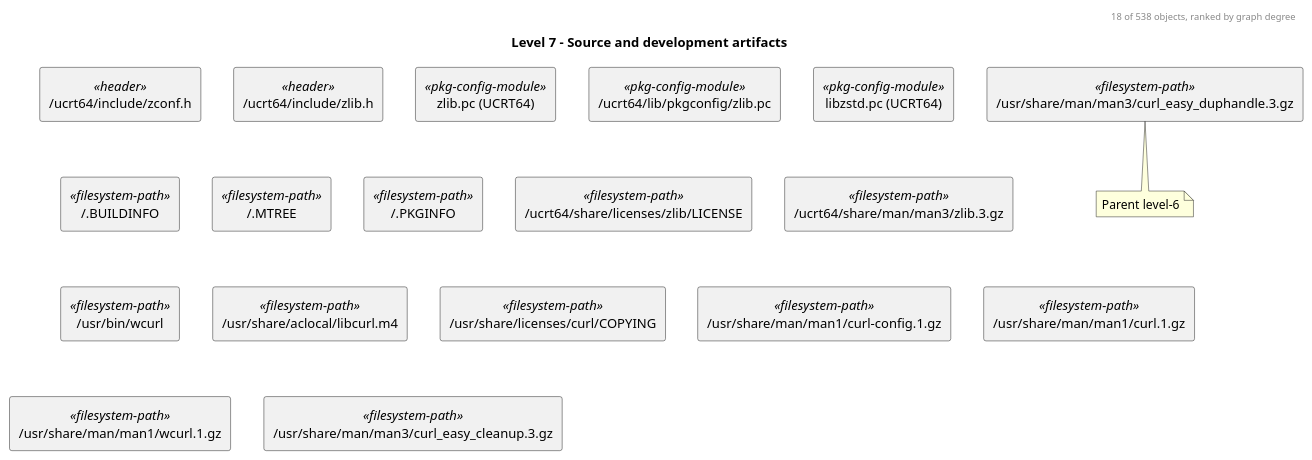
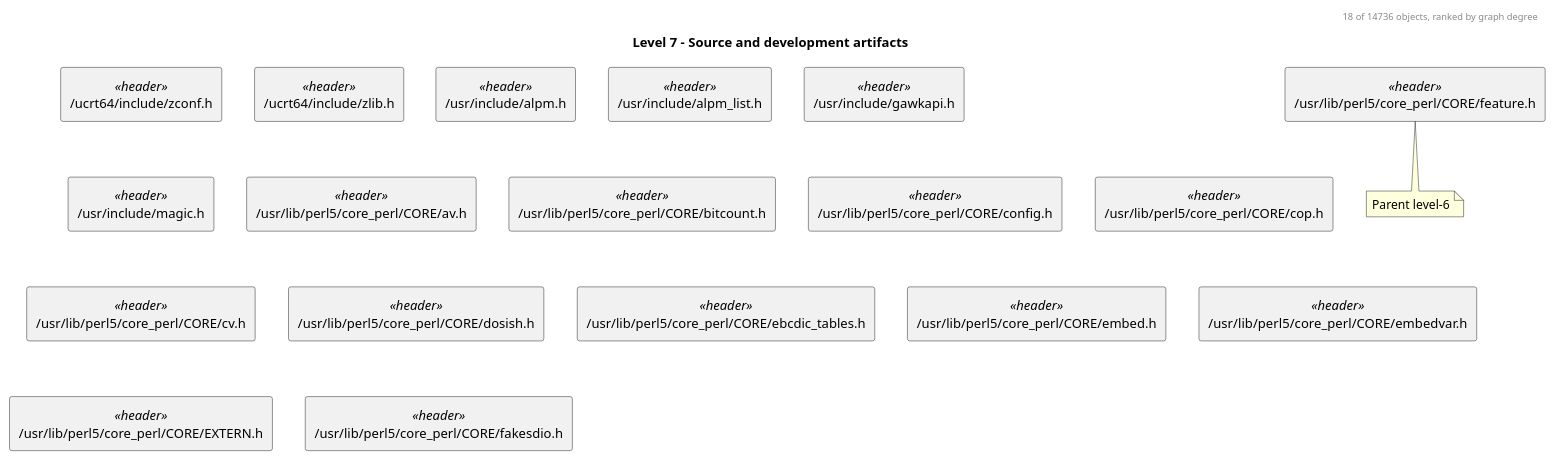
The diagram in diagrams/level-7.puml (baileyrd/AKB), drawn with PlantUML before and after one commit. The commit also changed 281 other files, not shown here.

```diff
--- a/diagrams/level-7.puml
+++ b/diagrams/level-7.puml
@@ -1,26 +1,26 @@
 @startuml level-7
 ' Generated from the composed model by tools/build_diagrams.py - do not edit by hand.
 title Level 7 - Source and development artifacts
-header 18 of 538 objects, ranked by graph degree
+header 18 of 14736 objects, ranked by graph degree
 skinparam componentStyle rectangle
 skinparam defaultFontName sans-serif
 rectangle "/ucrt64/include/zconf.h" as n0 <<header>>
 rectangle "/ucrt64/include/zlib.h" as n1 <<header>>
-rectangle "zlib.pc (UCRT64)" as n2 <<pkg-config-module>>
-rectangle "/ucrt64/lib/pkgconfig/zlib.pc" as n3 <<pkg-config-module>>
-rectangle "libzstd.pc (UCRT64)" as n4 <<pkg-config-module>>
-rectangle "/.BUILDINFO" as n5 <<filesystem-path>>
-rectangle "/.MTREE" as n6 <<filesystem-path>>
-rectangle "/.PKGINFO" as n7 <<filesystem-path>>
-rectangle "/ucrt64/share/licenses/zlib/LICENSE" as n8 <<filesystem-path>>
-rectangle "/ucrt64/share/man/man3/zlib.3.gz" as n9 <<filesystem-path>>
-rectangle "/usr/bin/wcurl" as n10 <<filesystem-path>>
-rectangle "/usr/share/aclocal/libcurl.m4" as n11 <<filesystem-path>>
-rectangle "/usr/share/licenses/curl/COPYING" as n12 <<filesystem-path>>
-rectangle "/usr/share/man/man1/curl-config.1.gz" as n13 <<filesystem-path>>
-rectangle "/usr/share/man/man1/curl.1.gz" as n14 <<filesystem-path>>
-rectangle "/usr/share/man/man1/wcurl.1.gz" as n15 <<filesystem-path>>
-rectangle "/usr/share/man/man3/curl_easy_cleanup.3.gz" as n16 <<filesystem-path>>
-rectangle "/usr/share/man/man3/curl_easy_duphandle.3.gz" as n17 <<filesystem-path>>
+rectangle "/usr/include/alpm.h" as n2 <<header>>
+rectangle "/usr/include/alpm_list.h" as n3 <<header>>
+rectangle "/usr/include/gawkapi.h" as n4 <<header>>
+rectangle "/usr/include/magic.h" as n5 <<header>>
+rectangle "/usr/lib/perl5/core_perl/CORE/av.h" as n6 <<header>>
+rectangle "/usr/lib/perl5/core_perl/CORE/bitcount.h" as n7 <<header>>
+rectangle "/usr/lib/perl5/core_perl/CORE/config.h" as n8 <<header>>
+rectangle "/usr/lib/perl5/core_perl/CORE/cop.h" as n9 <<header>>
+rectangle "/usr/lib/perl5/core_perl/CORE/cv.h" as n10 <<header>>
+rectangle "/usr/lib/perl5/core_perl/CORE/dosish.h" as n11 <<header>>
+rectangle "/usr/lib/perl5/core_perl/CORE/ebcdic_tables.h" as n12 <<header>>
+rectangle "/usr/lib/perl5/core_perl/CORE/embed.h" as n13 <<header>>
+rectangle "/usr/lib/perl5/core_perl/CORE/embedvar.h" as n14 <<header>>
+rectangle "/usr/lib/perl5/core_perl/CORE/EXTERN.h" as n15 <<header>>
+rectangle "/usr/lib/perl5/core_perl/CORE/fakesdio.h" as n16 <<header>>
+rectangle "/usr/lib/perl5/core_perl/CORE/feature.h" as n17 <<header>>
 note bottom : Parent level-6
 @enduml
```
